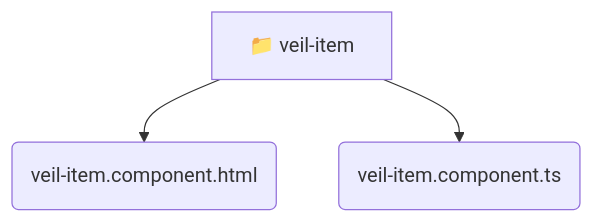
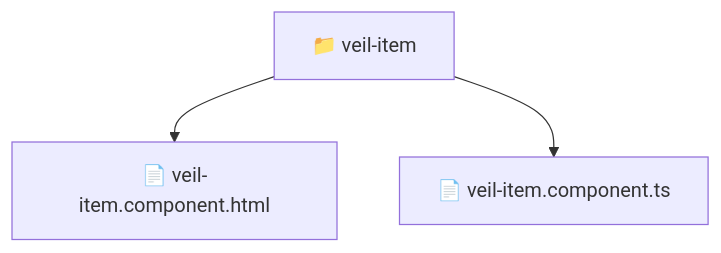
One commit to beginwebdev2002/fullstack-mavluda changed the diagram in frontend/src/pages/veil/ui/veil-item/README.md. Above: the diagram before and after it, drawn with Mermaid. The commit also changed other lines of this file and 163 other files, not shown here.

````diff
--- a/frontend/src/pages/veil/ui/veil-item/README.md
+++ b/frontend/src/pages/veil/ui/veil-item/README.md
@@ -11,6 +10,6 @@
 ```mermaid
 graph TD
-  veil_item[📁 veil-item]
-  veil_item --> veil_item_veil_item_component_html(veil-item.component.html)
-  veil_item --> veil_item_veil_item_component_ts(veil-item.component.ts)
+  Root["📁 veil-item"]
+  Root --> veilitemcomponenthtml["📄 veil-item.component.html"]
+  Root --> veilitemcomponentts["📄 veil-item.component.ts"]
 ```
````
